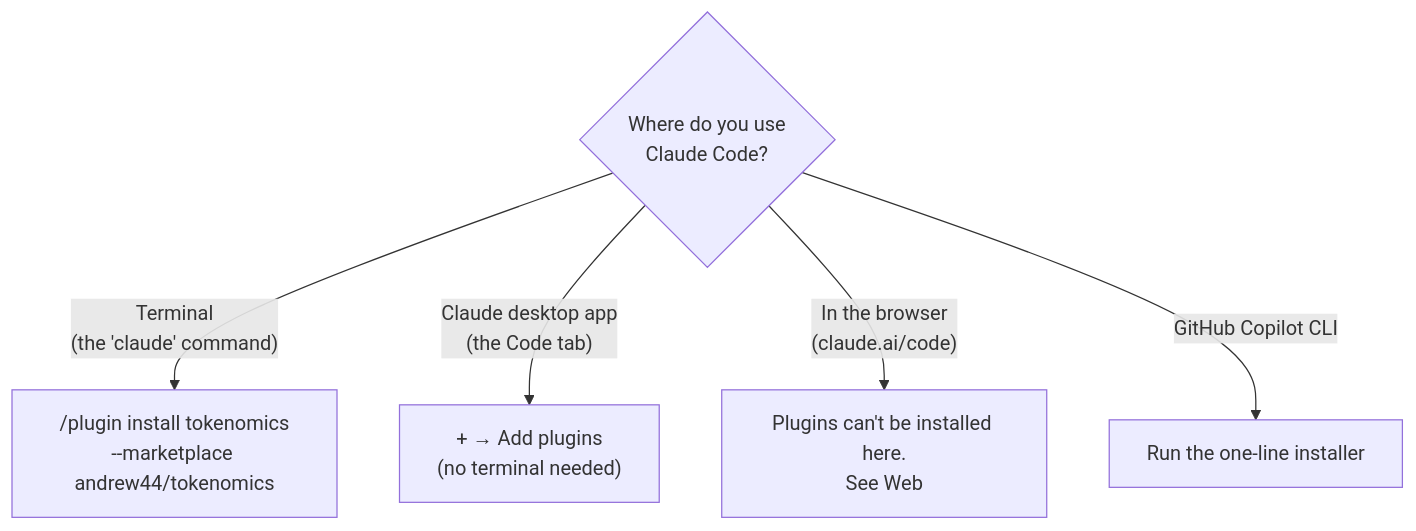
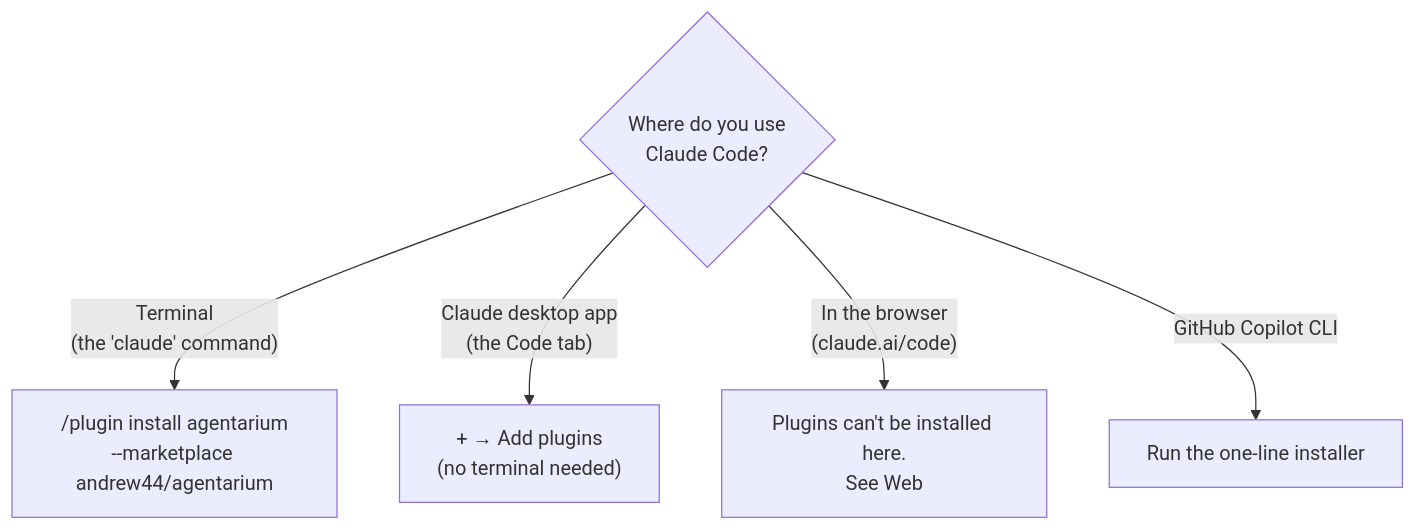
The diagram in docs/installation.md (andrew44/agentarium), drawn with Mermaid before and after one commit. The commit also changed other lines of this file and 207 other files, not shown here.

First line of the commit message:
Rename tokenomics to agentarium, and spendlens to till

````diff
--- a/docs/installation.md
+++ b/docs/installation.md
@@ -191,7 +191,7 @@
 ```mermaid
 flowchart TD
-    Start{"Where do you use<br/>Claude Code?"} -->|"Terminal<br/>(the 'claude' command)"| T["/plugin install tokenomics<br/>--marketplace andrew44/tokenomics"]
+    Start{"Where do you use<br/>Claude Code?"} -->|"Terminal<br/>(the 'claude' command)"| T["/plugin install agentarium<br/>--marketplace andrew44/agentarium"]
     Start -->|"Claude desktop app<br/>(the Code tab)"| D["+ → Add plugins<br/>(no terminal needed)"]
     Start -->|"In the browser<br/>(claude.ai/code)"| W["Plugins can't be installed here.<br/>See Web"]
     Start -->|"GitHub Copilot CLI"| G["Run the one-line installer"]
 ```
````
